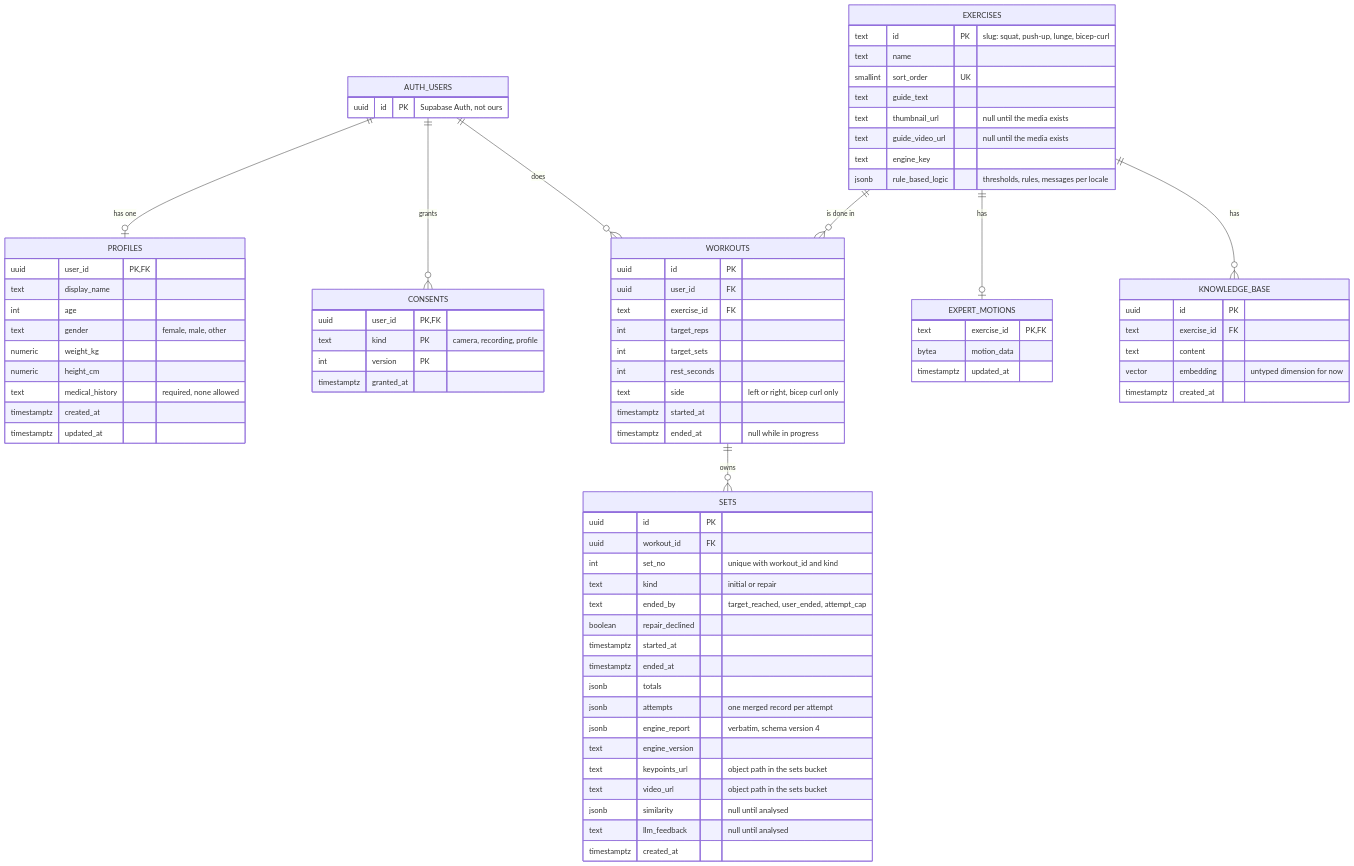
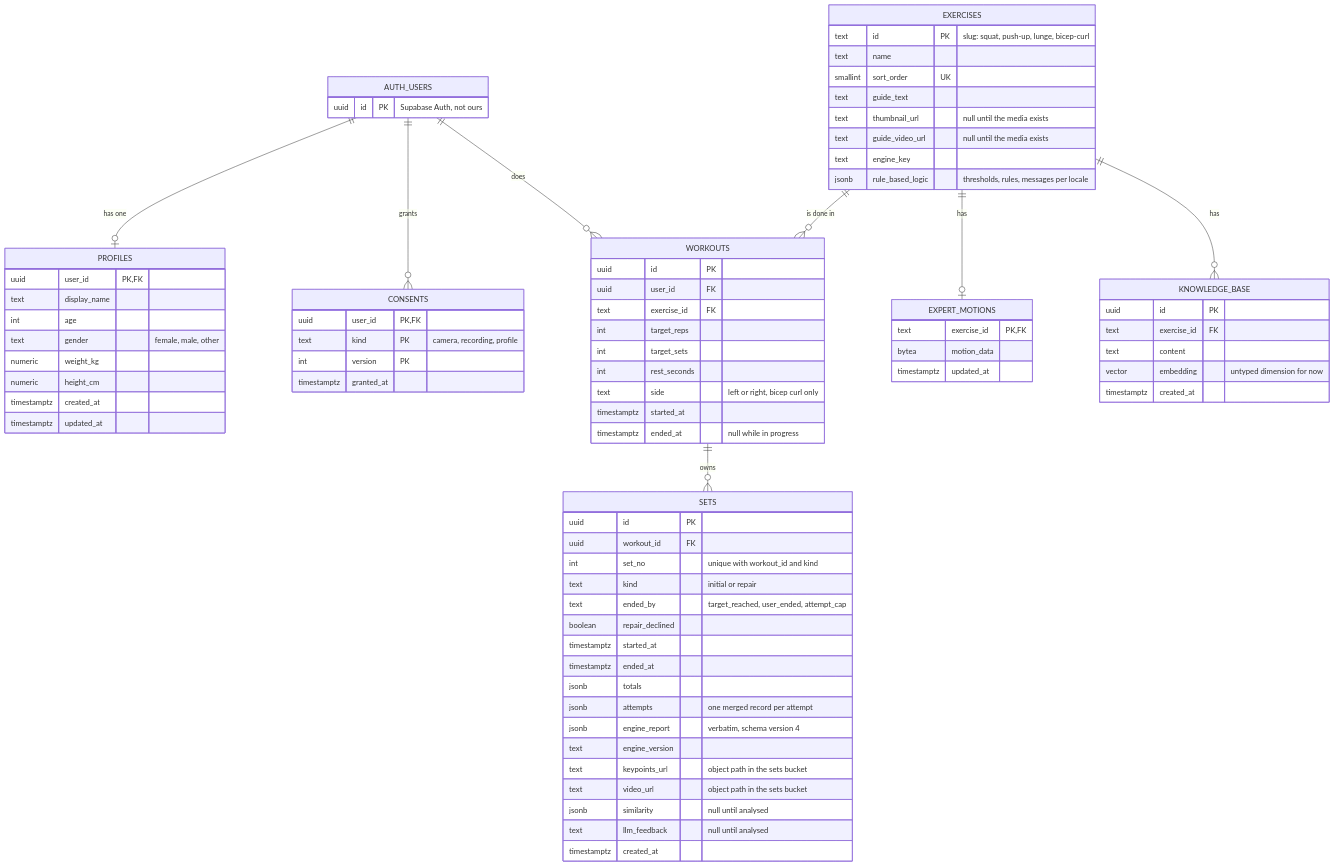
Before and after one commit to VernKavee/MU-Capstone-Application: the diagram in docs/erd.md, drawn with Mermaid. The commit also changed 36 other files, not shown here.

First line of the commit message:
feat(profile)!: remove the medical history and the PDPA consent work

```diff
--- a/docs/erd.md
+++ b/docs/erd.md
@@ -23,7 +23,6 @@
     text gender "female, male, other"
     numeric weight_kg
     numeric height_cm
-    text medical_history "required, none allowed"
     timestamptz created_at
     timestamptz updated_at
   }
```
